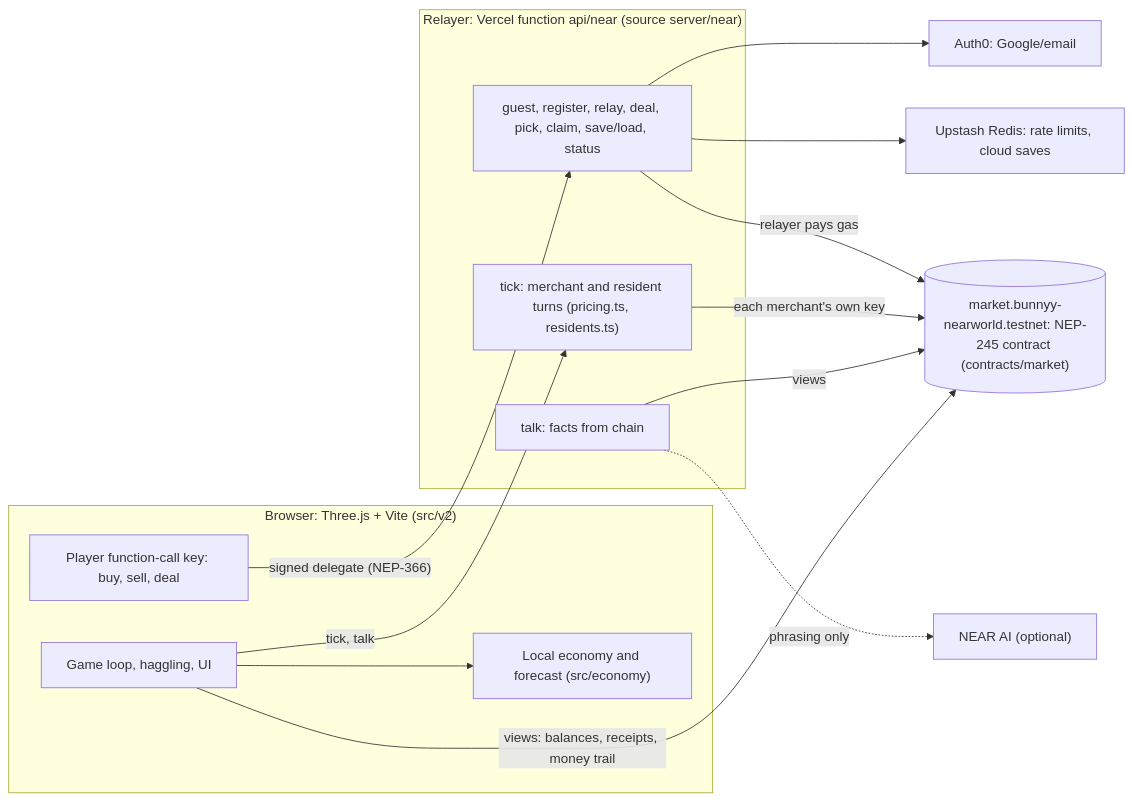
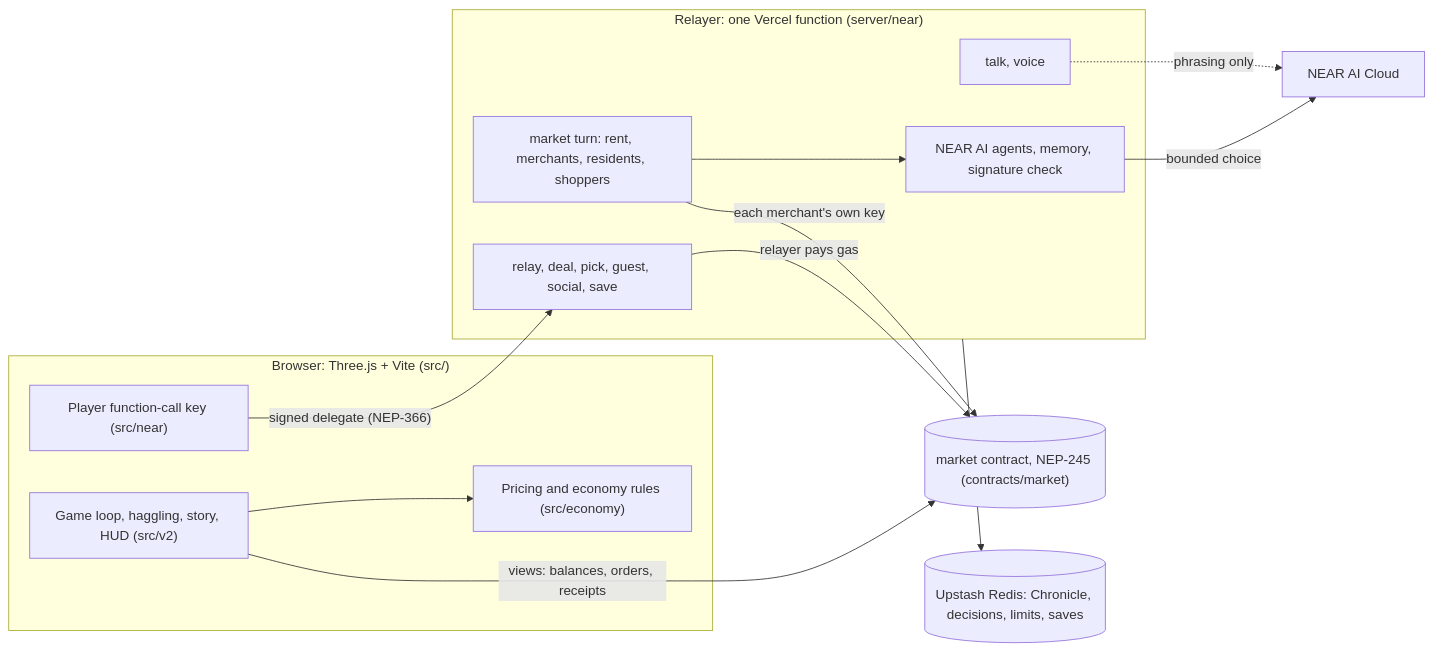
The diagram in README.md (bunnyyxtan/vivolith), drawn with Mermaid before and after one commit. The commit also changed other lines of this file and 9 other files, not shown here.

````diff
--- a/README.md
+++ b/README.md
@@ -110,27 +108,26 @@
 ```mermaid
 flowchart LR
-  subgraph Browser["Browser: Three.js + Vite (src/v2)"]
-    Game["Game loop, haggling, UI"]
-    Local["Local economy and forecast (src/economy)"]
-    Key["Player function-call key: buy, sell, deal"]
+  subgraph Browser["Browser: Three.js + Vite (src/)"]
+    Game["Game loop, haggling, story, HUD (src/v2)"]
+    Rules["Pricing and economy rules (src/economy)"]
+    Key["Player function-call key (src/near)"]
   end
-  subgraph Relayer["Relayer: Vercel function api/near (source server/near)"]
-    Routes["guest, register, relay, deal, pick, claim, save/load, status"]
-    Turn["tick: merchant and resident turns (pricing.ts, residents.ts)"]
-    Talk["talk: facts from chain"]
+  subgraph Relayer["Relayer: one Vercel function (server/near)"]
+    Relay["relay, deal, pick, guest, social, save"]
+    Turn["market turn: rent, merchants, residents, shoppers"]
+    Agents["NEAR AI agents, memory, signature check"]
+    Talk["talk, voice"]
   end
-  Contract[("market.bunnyy-nearworld.testnet: NEP-245 contract (contracts/market)")]
-  Auth0["Auth0: Google/email"]
-  Redis["Upstash Redis: rate limits, cloud saves"]
-  NearAI["NEAR AI (optional)"]
-  Game --> Local
-  Key -- "signed delegate (NEP-366)" --> Routes
-  Game -- "tick, talk" --> Turn
-  Routes -- "relayer pays gas" --> Contract
+  Contract[("market contract, NEP-245 (contracts/market)")]
+  NearAI["NEAR AI Cloud"]
+  Redis[("Upstash Redis: Chronicle, decisions, limits, saves")]
+  Game --> Rules
+  Key -- "signed delegate (NEP-366)" --> Relay
+  Relay -- "relayer pays gas" --> Contract
   Turn -- "each merchant's own key" --> Contract
-  Talk -- "views" --> Contract
+  Turn --> Agents
+  Agents -- "bounded choice" --> NearAI
   Talk -. "phrasing only" .-> NearAI
-  Routes --> Redis
-  Routes --> Auth0
-  Game -- "views: balances, receipts, money trail" --> Contract
+  Relayer --> Redis
+  Game -- "views: balances, orders, receipts" --> Contract
 ```
````
